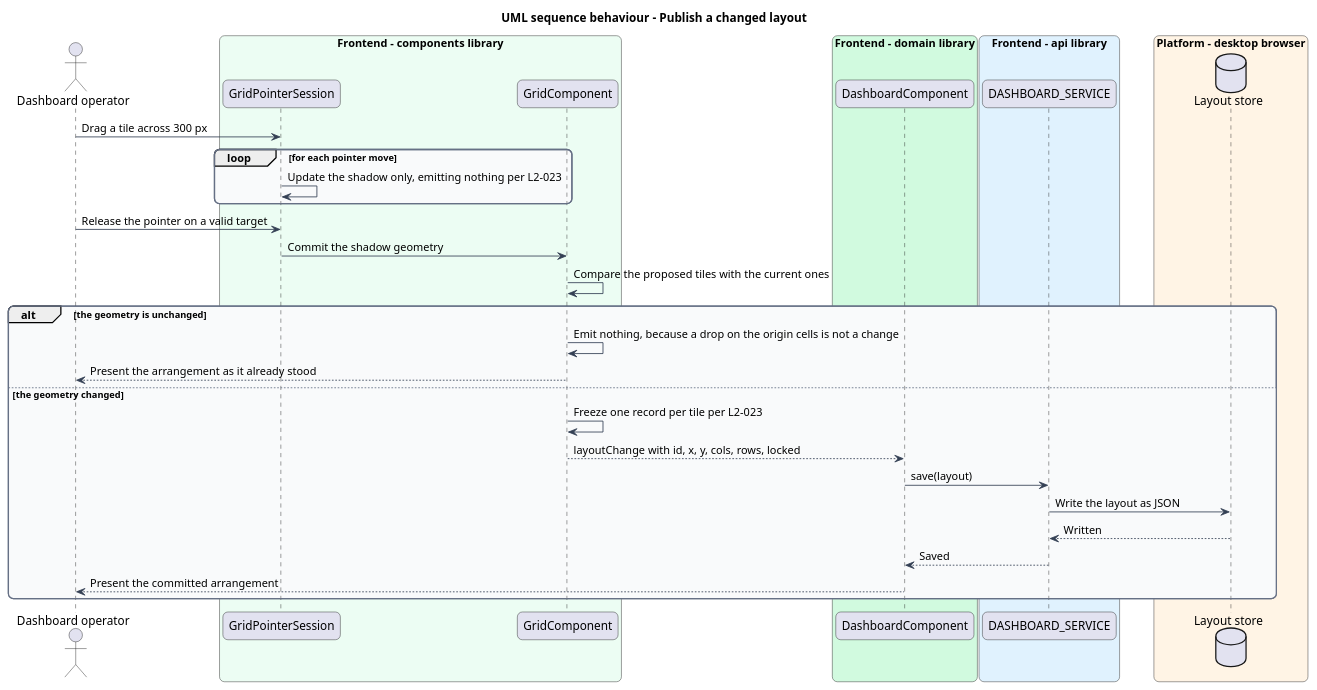
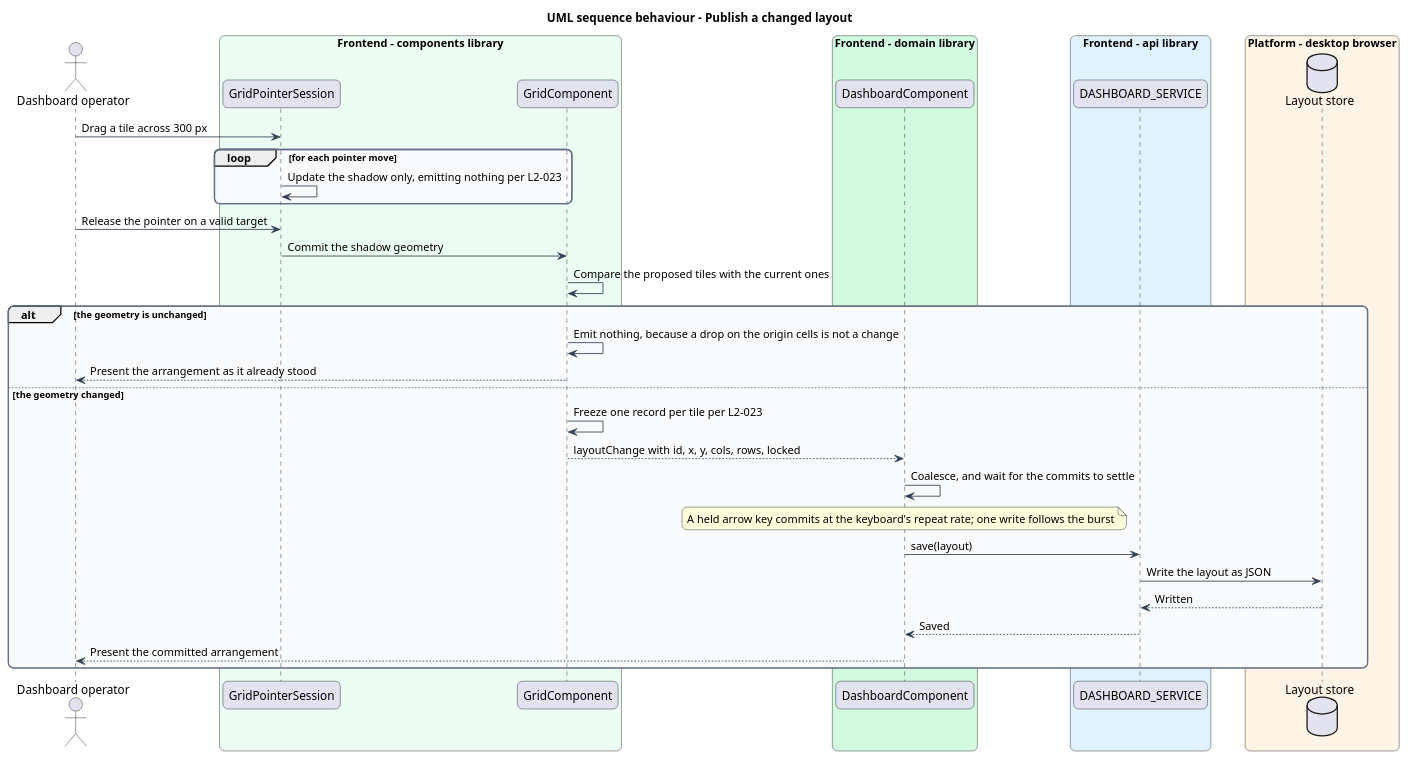
The diagram in docs/detailed-designs/grid-layout/publish-and-restore-layout/diagrams/sequence-publish.puml (QuinntyneBrown/qbc-grid), drawn with PlantUML before and after one commit. The commit also changed 3 other files, not shown here.

First line of the commit message:
docs: correct two sequences that still showed superseded designs

```diff
--- a/docs/detailed-designs/grid-layout/publish-and-restore-layout/diagrams/sequence-publish.puml
+++ b/docs/detailed-designs/grid-layout/publish-and-restore-layout/diagrams/sequence-publish.puml
@@ -1,51 +1,53 @@
 @startuml
 title UML sequence behaviour - Publish a changed layout
 skinparam backgroundColor #FFFFFF
 skinparam shadowing false
 skinparam roundcorner 12
 skinparam defaultFontName Arial
 skinparam ArrowColor #344054
 skinparam rectangle {
   BorderColor #344054
   FontColor #101828
 }
 skinparam package {
   BorderColor #667085
   FontColor #101828
   BackgroundColor #F9FAFB
 }
 actor "Dashboard operator" as actor
 box "Frontend - components library" #ECFDF3
   participant "GridPointerSession" as session
   participant "GridComponent" as grid
 end box
 box "Frontend - domain library" #D1FADF
   participant "DashboardComponent" as dashboard
 end box
 box "Frontend - api library" #E0F2FE
   participant "DASHBOARD_SERVICE" as service
 end box
 box "Platform - desktop browser" #FFF4E5
   database "Layout store" as store
 end box
 
 actor -> session : Drag a tile across 300 px
 loop for each pointer move
   session -> session : Update the shadow only, emitting nothing per L2-023
 end
 actor -> session : Release the pointer on a valid target
 session -> grid : Commit the shadow geometry
 grid -> grid : Compare the proposed tiles with the current ones
 alt the geometry is unchanged
   grid -> grid : Emit nothing, because a drop on the origin cells is not a change
   grid --> actor : Present the arrangement as it already stood
 else the geometry changed
   grid -> grid : Freeze one record per tile per L2-023
   grid --> dashboard : layoutChange with id, x, y, cols, rows, locked
+  dashboard -> dashboard : Coalesce, and wait for the commits to settle
+  note over dashboard : A held arrow key commits at the keyboard's repeat rate; one write follows the burst
   dashboard -> service : save(layout)
   service -> store : Write the layout as JSON
   store --> service : Written
   service --> dashboard : Saved
   dashboard --> actor : Present the committed arrangement
 end
 @enduml
```
